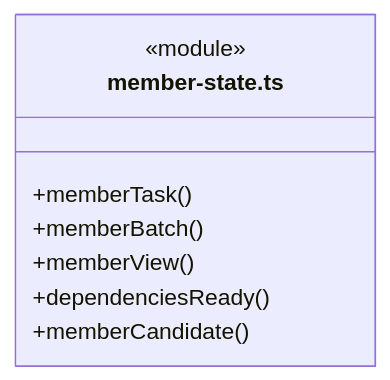
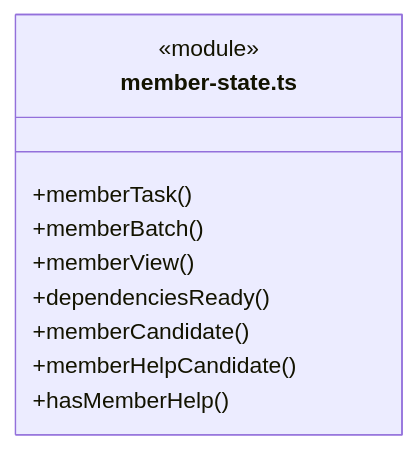
Before and after one commit to nan023062/cbim: diagram 11 of 16 in src/logic/team/runtime/ARCHITECTURE.md, drawn with Mermaid. The commit also changed other lines of this file and 137 other files, not shown here.

Commit message:
fix: align architecture generator with documentation standards

````diff
--- a/src/logic/team/runtime/ARCHITECTURE.md
+++ b/src/logic/team/runtime/ARCHITECTURE.md
@@ -363,11 +379,13 @@
 ```mermaid
 classDiagram
 class N_src_logic_team_runtime_member_state_ts["member-state.ts"] {
   <<module>>
   +memberTask()
   +memberBatch()
   +memberView()
   +dependenciesReady()
   +memberCandidate()
+  +memberHelpCandidate()
+  +hasMemberHelp()
 }
 ```
````
